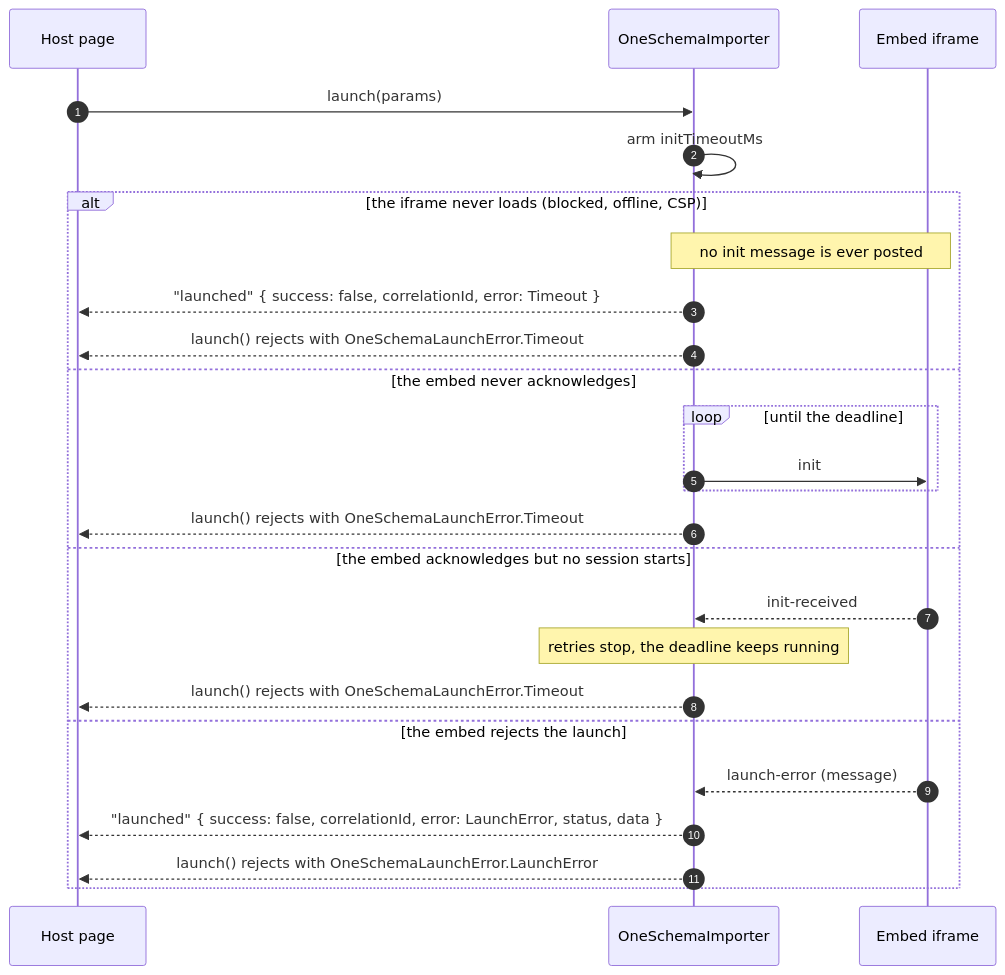
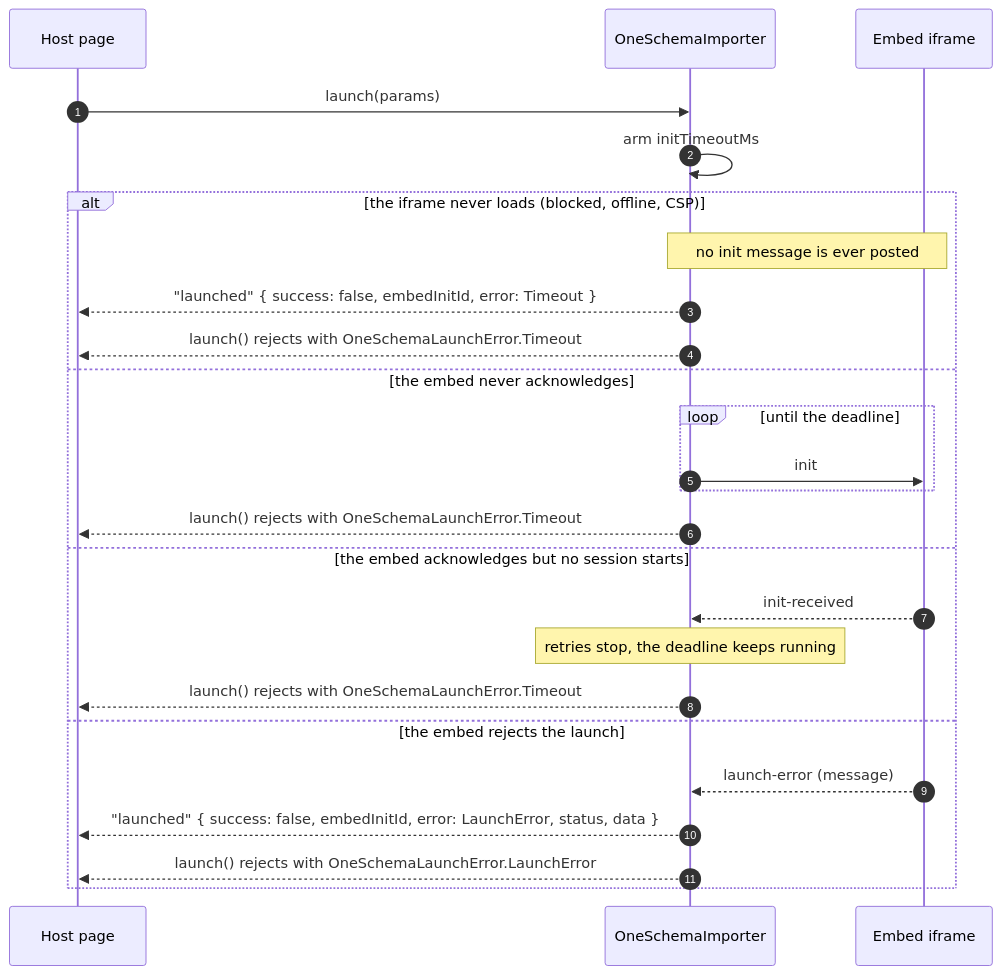
One commit to oneschema/sdk changed the second of 3 diagrams in packages/importer/LAUNCH-SEQUENCE.md. Above: the diagram before and after it, drawn with Mermaid. The commit also changed other lines of this file and 6 other files, not shown here.

Commit message:
refactor(importer)!: name the launch attempt id embedInitId

````diff
--- a/packages/importer/LAUNCH-SEQUENCE.md
+++ b/packages/importer/LAUNCH-SEQUENCE.md
@@ -45,29 +45,29 @@
 ```mermaid
 sequenceDiagram
     autonumber
     participant Host as Host page
     participant SDK as OneSchemaImporter
     participant Embed as Embed iframe
 
     Host->>SDK: launch(params)
     SDK->>SDK: arm initTimeoutMs
 
     alt the iframe never loads (blocked, offline, CSP)
         Note over SDK,Embed: no init message is ever posted
-        SDK-->>Host: "launched" { success: false, correlationId, error: Timeout }
+        SDK-->>Host: "launched" { success: false, embedInitId, error: Timeout }
         SDK-->>Host: launch() rejects with OneSchemaLaunchError.Timeout
     else the embed never acknowledges
         loop until the deadline
             SDK->>Embed: init
         end
         SDK-->>Host: launch() rejects with OneSchemaLaunchError.Timeout
     else the embed acknowledges but no session starts
         Embed-->>SDK: init-received
         Note over SDK: retries stop, the deadline keeps running
         SDK-->>Host: launch() rejects with OneSchemaLaunchError.Timeout
     else the embed rejects the launch
         Embed-->>SDK: launch-error (message)
-        SDK-->>Host: "launched" { success: false, correlationId, error: LaunchError, status, data }
+        SDK-->>Host: "launched" { success: false, embedInitId, error: LaunchError, status, data }
         SDK-->>Host: launch() rejects with OneSchemaLaunchError.LaunchError
     end
 ```
````
